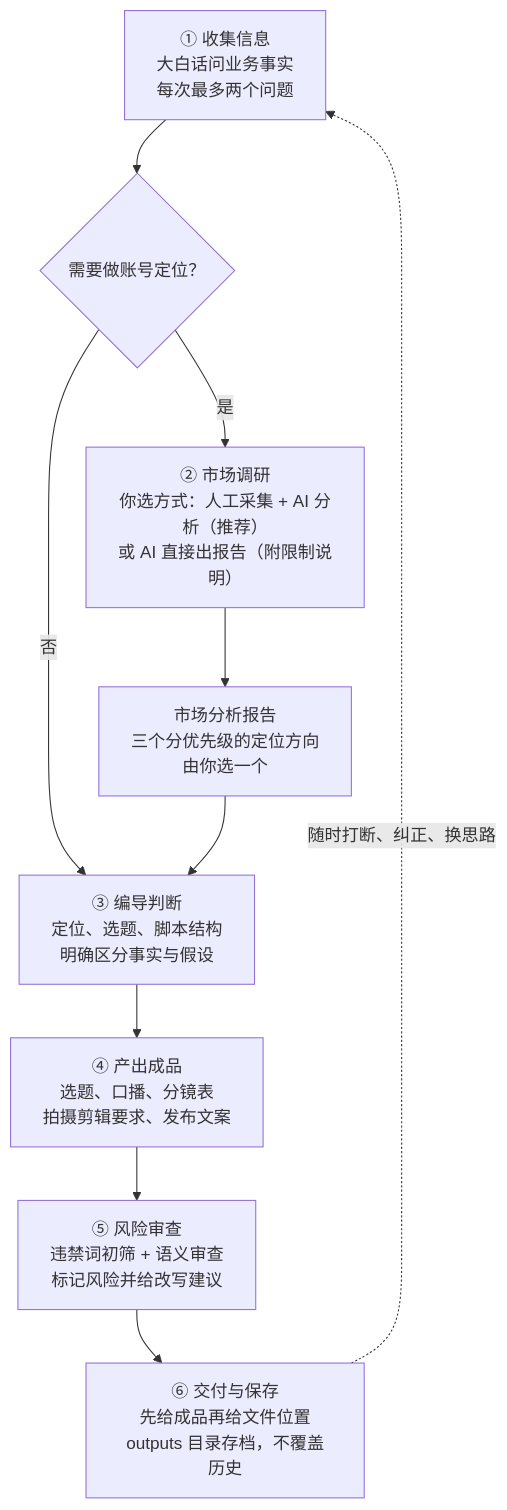
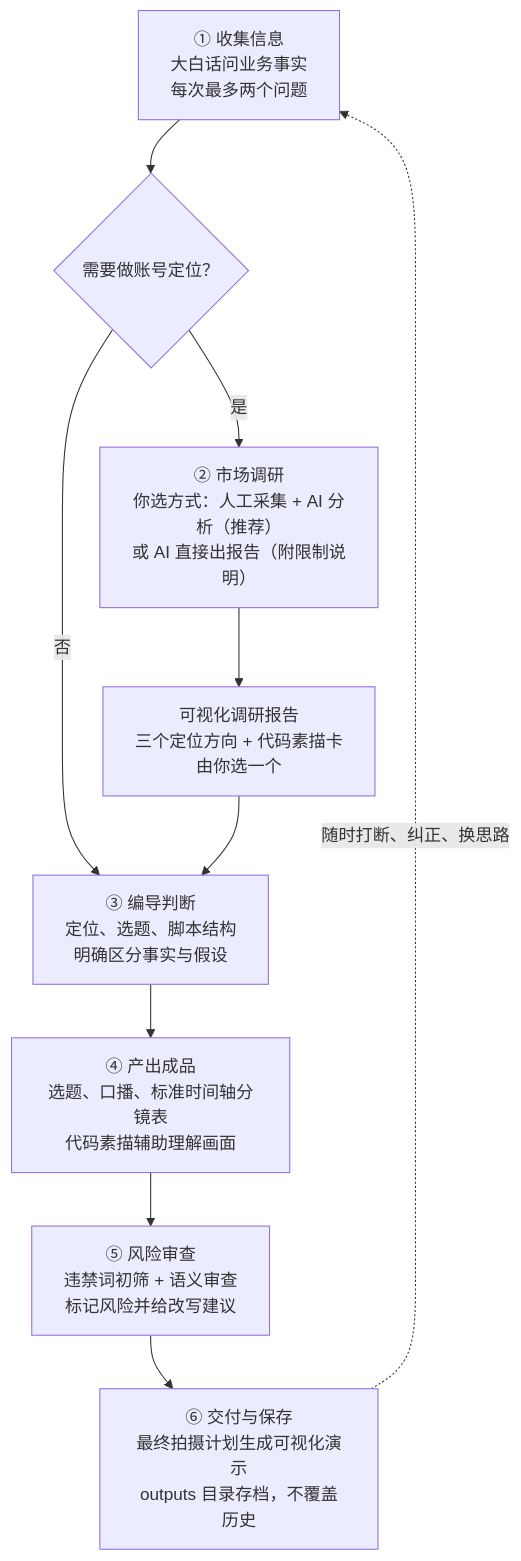
One commit to Ford-Z15/direct-short-video-skill changed the diagram in README.md. Above: the diagram before and after it, drawn with Mermaid. The commit also changed other lines of this file and 10 other files, not shown here.

````diff
--- a/README.md
+++ b/README.md
@@ -13,12 +13,12 @@
 ```mermaid
 flowchart TD
     A["① 收集信息<br/>大白话问业务事实<br/>每次最多两个问题"] --> B{"需要做账号定位？"}
     B -->|"是"| C["② 市场调研<br/>你选方式：人工采集 + AI 分析（推荐）<br/>或 AI 直接出报告（附限制说明）"]
-    C --> D["市场分析报告<br/>三个分优先级的定位方向<br/>由你选一个"]
+    C --> D["可视化调研报告<br/>三个定位方向 + 代码素描卡<br/>由你选一个"]
     B -->|"否"| E["③ 编导判断<br/>定位、选题、脚本结构<br/>明确区分事实与假设"]
     D --> E
-    E --> F["④ 产出成品<br/>选题、口播、分镜表<br/>拍摄剪辑要求、发布文案"]
+    E --> F["④ 产出成品<br/>选题、口播、标准时间轴分镜表<br/>代码素描辅助理解画面"]
     F --> G["⑤ 风险审查<br/>违禁词初筛 + 语义审查<br/>标记风险并给改写建议"]
-    G --> H["⑥ 交付与保存<br/>先给成品再给文件位置<br/>outputs 目录存档，不覆盖历史"]
+    G --> H["⑥ 交付与保存<br/>最终拍摄计划生成可视化演示<br/>outputs 目录存档，不覆盖历史"]
     H -.->|"随时打断、纠正、换思路"| A
 ```
````
